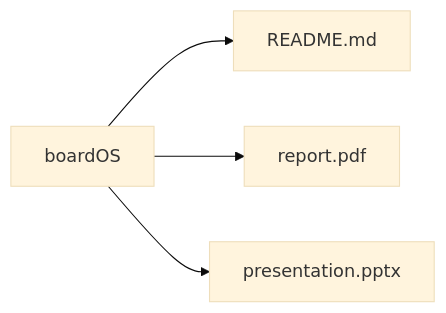
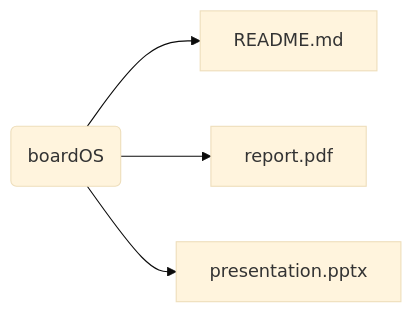
The first of 5 diagrams in README.md (smokyisthatyou/STM32Nucleo64), drawn with Mermaid before and after one commit. The commit also changed other lines of this file, not shown here.

Commit message:
changed boxes shape and added href

````diff
--- a/README.md
+++ b/README.md
@@ -28,7 +28,10 @@
 ```mermaid
 %%{init: {'theme':'base'}}%%
 graph LR;
-boardOS-->README.md;
-boardOS-->report.pdf;            
-boardOS-->presentation.pptx;
+b(boardOS)
+b-->README.md;
+b-->report.pdf;            
+b-->presentation.pptx;
+
+click b href "https://baltig.polito.it/caos2023/group2/-/tree/boardOS" "Link to boardOS";
 ```
````
